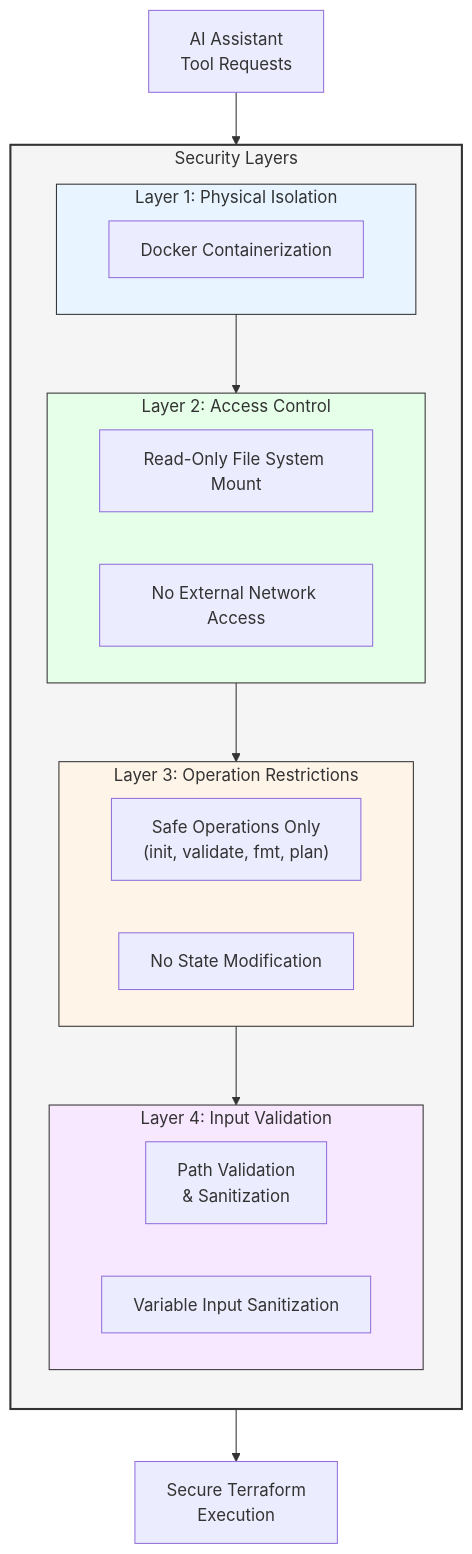
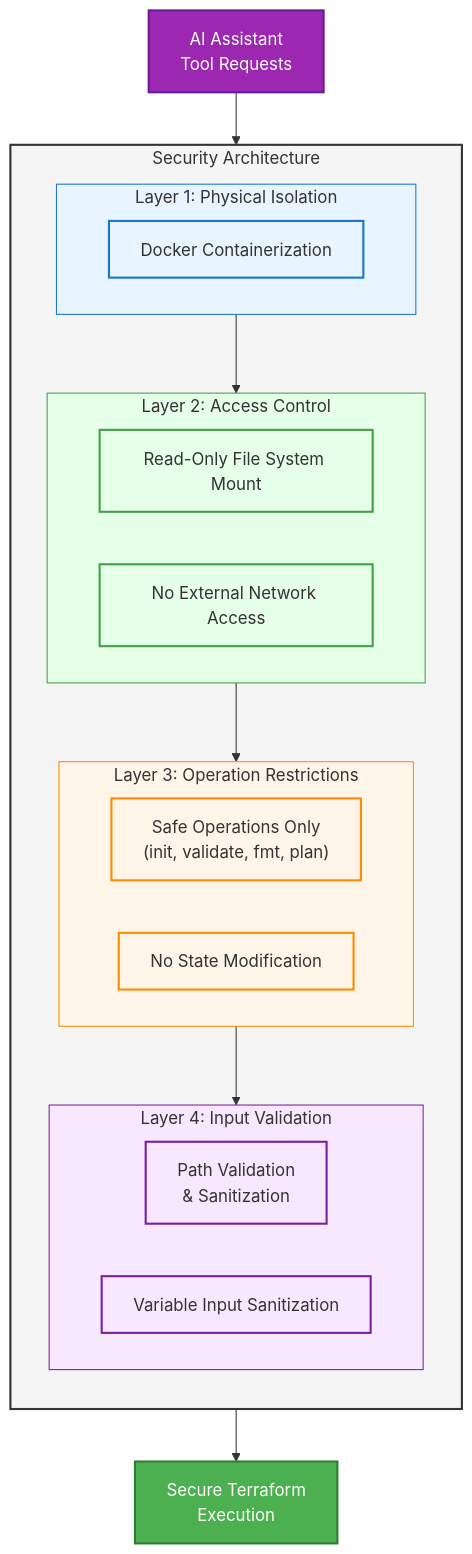
The third of 3 diagrams in README.md (aj-geddes/terry-form-mcp), drawn with Mermaid before and after one commit. The commit also changed other lines of this file, not shown here.

````diff
--- a/README.md
+++ b/README.md
@@ -783,38 +809,62 @@
 ```mermaid
 flowchart TB
-    subgraph SecurityLayers["Security Layers"]
+    %% Define external nodes
+    Requests["AI Assistant\nTool Requests"]:::external
+    Execution["Secure Terraform\nExecution"]:::execution
+    
+    %% Security Layers Group
+    subgraph SecurityLayers["Security Architecture"]
         direction TB
         
+        %% Layer 1
         subgraph L1["Layer 1: Physical Isolation"]
-            Docker["Docker Containerization"]
+            direction LR
+            Docker["Docker Containerization"]:::layer1
         end
         
+        %% Layer 2
         subgraph L2["Layer 2: Access Control"]
-            ReadOnly["Read-Only File System Mount"]
-            NoNetwork["No External Network Access"]
+            direction LR
+            ReadOnly["Read-Only File System Mount"]:::layer2
+            NoNetwork["No External Network Access"]:::layer2
         end
         
+        %% Layer 3
         subgraph L3["Layer 3: Operation Restrictions"]
-            SafeOpsOnly["Safe Operations Only\n(init, validate, fmt, plan)"]
-            NoStateModification["No State Modification"]
+            direction LR
+            SafeOpsOnly["Safe Operations Only\n(init, validate, fmt, plan)"]:::layer3
+            NoStateModification["No State Modification"]:::layer3
         end
         
+        %% Layer 4
         subgraph L4["Layer 4: Input Validation"]
-            PathValidation["Path Validation\n& Sanitization"]
-            VariableSanitization["Variable Input Sanitization"]
+            direction LR
+            PathValidation["Path Validation\n& Sanitization"]:::layer4
+            VariableSanitization["Variable Input Sanitization"]:::layer4
         end
         
+        %% Define internal connections
         L1 --> L2
         L2 --> L3
         L3 --> L4
     end
     
-    Requests["AI Assistant\nTool Requests"] --> SecurityLayers
-    SecurityLayers --> Execution["Secure Terraform\nExecution"]
+    %% Define external connections
+    Requests --> SecurityLayers
+    SecurityLayers --> Execution
     
-    style SecurityLayers fill:#f5f5f5,stroke:#333,stroke-width:2px
-    style L1 fill:#e8f4ff,stroke:#333,stroke-width:1px
-    style L2 fill:#e5ffe8,stroke:#333,stroke-width:1px
-    style L3 fill:#fff4e8,stroke:#333,stroke-width:1px
-    style L4 fill:#f8e8ff,stroke:#333,stroke-width:1px
+    %% Define styles
+    classDef external fill:#9C27B0,stroke:#6A1B9A,color:#FFFFFF,stroke-width:2px
+    classDef execution fill:#4CAF50,stroke:#2E7D32,color:#FFFFFF,stroke-width:2px
+    classDef layer1 fill:#E8F4FF,stroke:#1976D2,stroke-width:2px
+    classDef layer2 fill:#E5FFE8,stroke:#43A047,stroke-width:2px
+    classDef layer3 fill:#FFF4E8,stroke:#FB8C00,stroke-width:2px
+    classDef layer4 fill:#F8E8FF,stroke:#7B1FA2,stroke-width:2px
+    
+    %% Group styles
+    style SecurityLayers fill:#F5F5F5,stroke:#333333,stroke-width:2px
+    style L1 fill:#E8F4FF,stroke:#1976D2,stroke-width:1px
+    style L2 fill:#E5FFE8,stroke:#43A047,stroke-width:1px
+    style L3 fill:#FFF4E8,stroke:#FB8C00,stroke-width:1px
+    style L4 fill:#F8E8FF,stroke:#7B1FA2,stroke-width:1px
 ```
````
